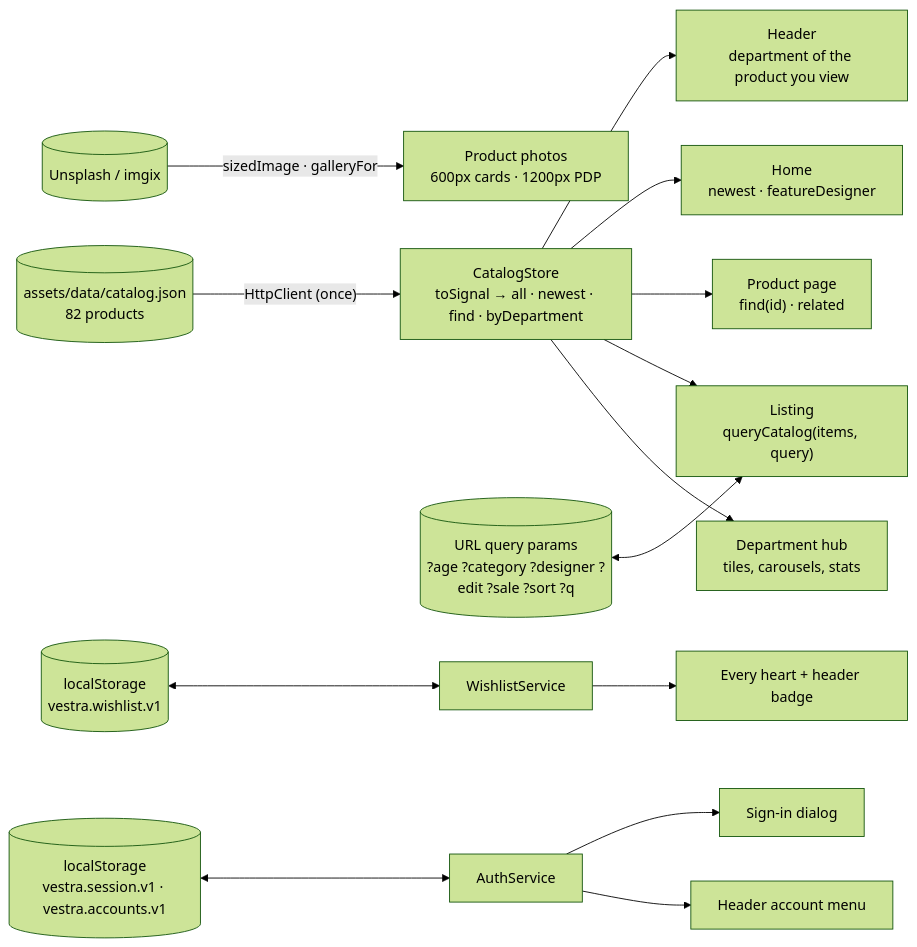
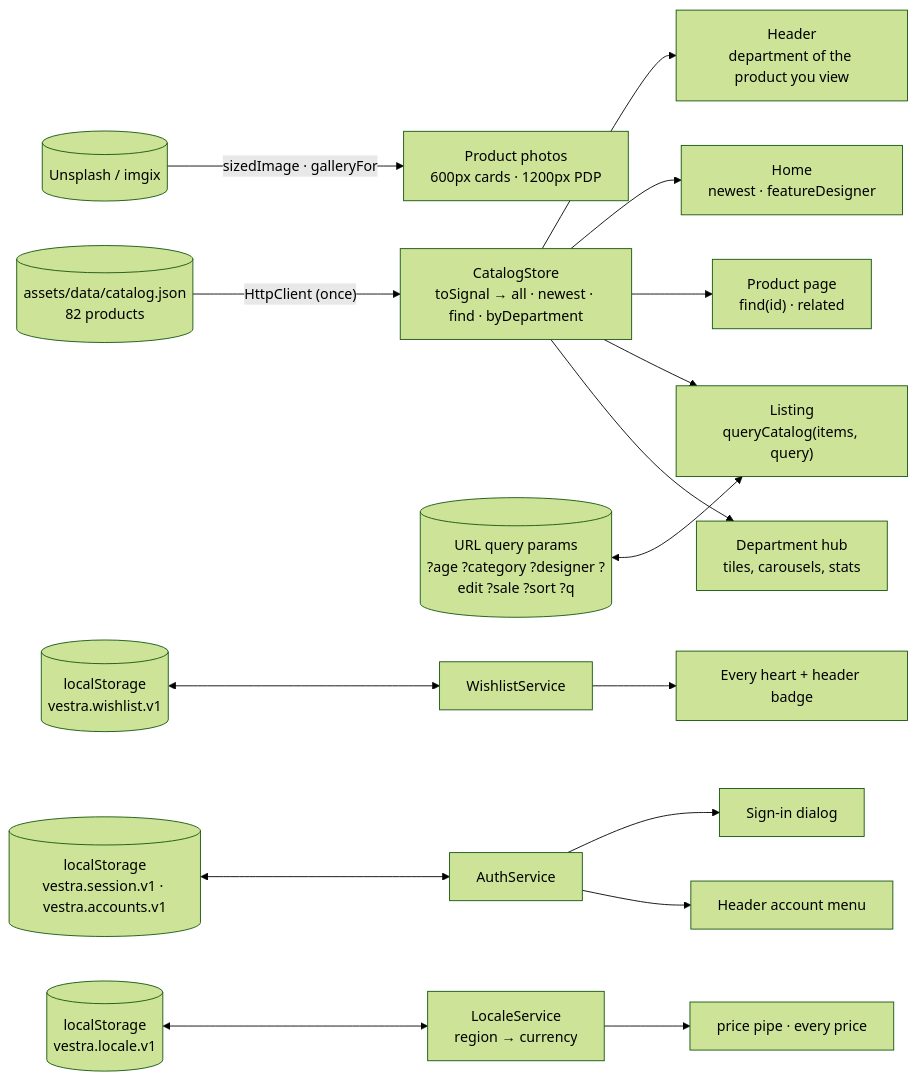
One commit to CristianSifuentes/stitchFarfetchStoreOnline changed the second of 2 diagrams in README.md. Above: the diagram before and after it, drawn with Mermaid (forest theme). The commit also changed other lines of this file and 13 other files, not shown here.

First line of the commit message:
feat(locale): language & region selector with real currency conversion

````diff
--- a/README.md
+++ b/README.md
@@ -243,18 +246,20 @@
 ```mermaid
 flowchart LR
     JSON[("assets/data/catalog.json<br/>82 products")] -->|"HttpClient (once)"| Store["CatalogStore<br/>toSignal → all · newest · find · byDepartment"]
     CDN[("Unsplash / imgix")] -->|"sizedImage · galleryFor"| Img["Product photos<br/>600px cards · 1200px PDP"]
 
     Store --> Hub["Department hub<br/>tiles, carousels, stats"]
     Store --> List["Listing<br/>queryCatalog(items, query)"]
     Store --> PDP["Product page<br/>find(id) · related"]
     Store --> Home["Home<br/>newest · featureDesigner"]
     Store --> Hdr["Header<br/>department of the product you view"]
 
     URL[("URL query params<br/>?age ?category ?designer ?edit ?sale ?sort ?q")] <--> List
     Wish[("localStorage<br/>vestra.wishlist.v1")] <--> WS["WishlistService"]
     WS --> Hearts["Every heart + header badge"]
     Sess[("localStorage<br/>vestra.session.v1 · vestra.accounts.v1")] <--> AS["AuthService"]
     AS --> Hdr2["Header account menu"]
     AS --> Dlg["Sign-in dialog"]
+    Loc[("localStorage<br/>vestra.locale.v1")] <--> LS["LocaleService<br/>region → currency"]
+    LS --> Prices["price pipe · every price"]
 ```
````
